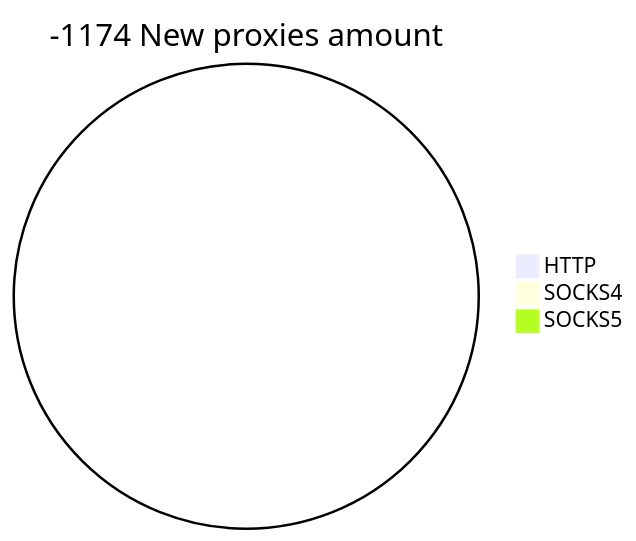
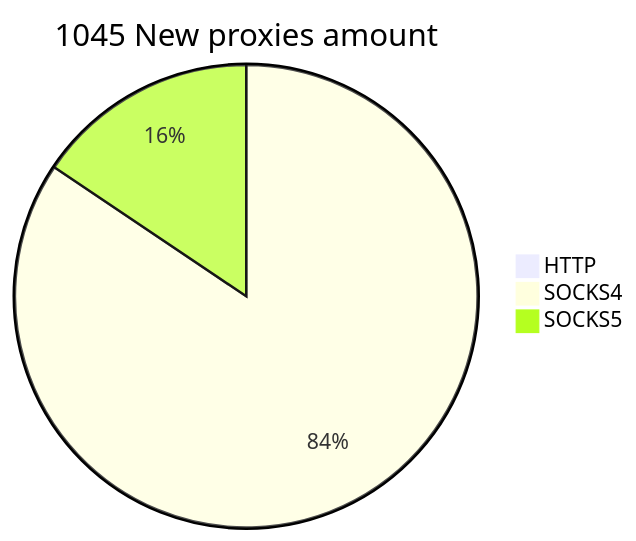
One commit to cutipu/proxylist changed the second of 2 diagrams in README.md. Above: the diagram before and after it, drawn with Mermaid. The commit also changed other lines of this file, not shown here.

````diff
--- a/README.md
+++ b/README.md
@@ -10,6 +10,6 @@
 ```mermaid
-pie title -1174 New proxies amount
+pie title 1045 New proxies amount
     "HTTP" : 0
-    "SOCKS4" : 0
-    "SOCKS5" : 0
+    "SOCKS4" : 883
+    "SOCKS5" : 163
 ```
````
